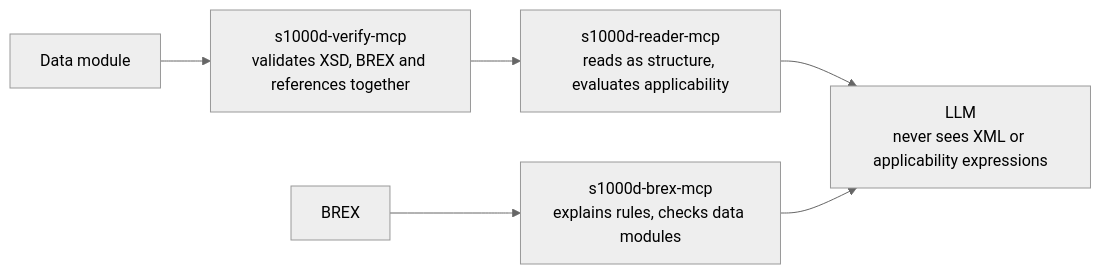
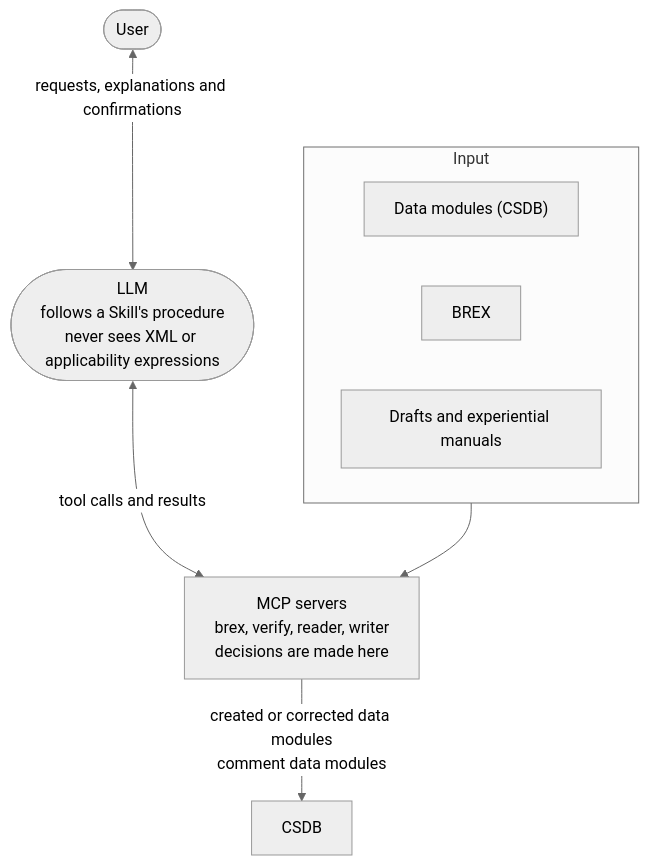
The diagram in site/src/content/docs/guide/overview.md (shuji-bonji/s1000d-stack), drawn with Mermaid (neutral theme) before and after one commit. The commit also changed other lines of this file and 29 other files, not shown here.

````diff
--- a/site/src/content/docs/guide/overview.md
+++ b/site/src/content/docs/guide/overview.md
@@ -18,8 +21,13 @@
 ```mermaid
-flowchart LR
-  BX["BREX"] --> B["s1000d-brex-mcp<br/>explains rules, checks data modules"]
-  DM["Data module"] --> V["s1000d-verify-mcp<br/>validates XSD, BREX and references together"]
-  V --> R["s1000d-reader-mcp<br/>reads as structure, evaluates applicability"]
-  R --> LLM["LLM<br/>never sees XML or applicability expressions"]
-  B --> LLM
+flowchart TB
+  U(["User"]) <-->|requests, explanations and confirmations| LLM(["LLM<br/>follows a Skill's procedure<br/>never sees XML or applicability expressions"])
+  LLM <-->|tool calls and results| MCP["MCP servers<br/>brex, verify, reader, writer<br/>decisions are made here"]
+  subgraph In["Input"]
+    direction LR
+    DM["Data modules (CSDB)"]
+    BX["BREX"]
+    DR["Drafts and experiential manuals"]
+  end
+  In --> MCP
+  MCP -->|created or corrected data modules<br/>comment data modules| OUT["CSDB"]
 ```
````
